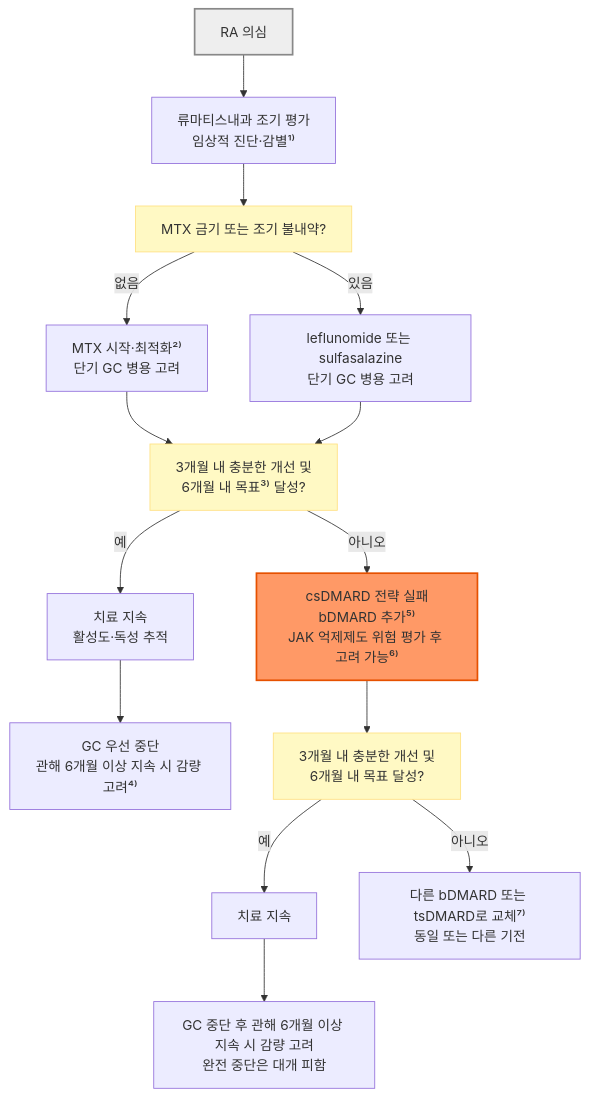
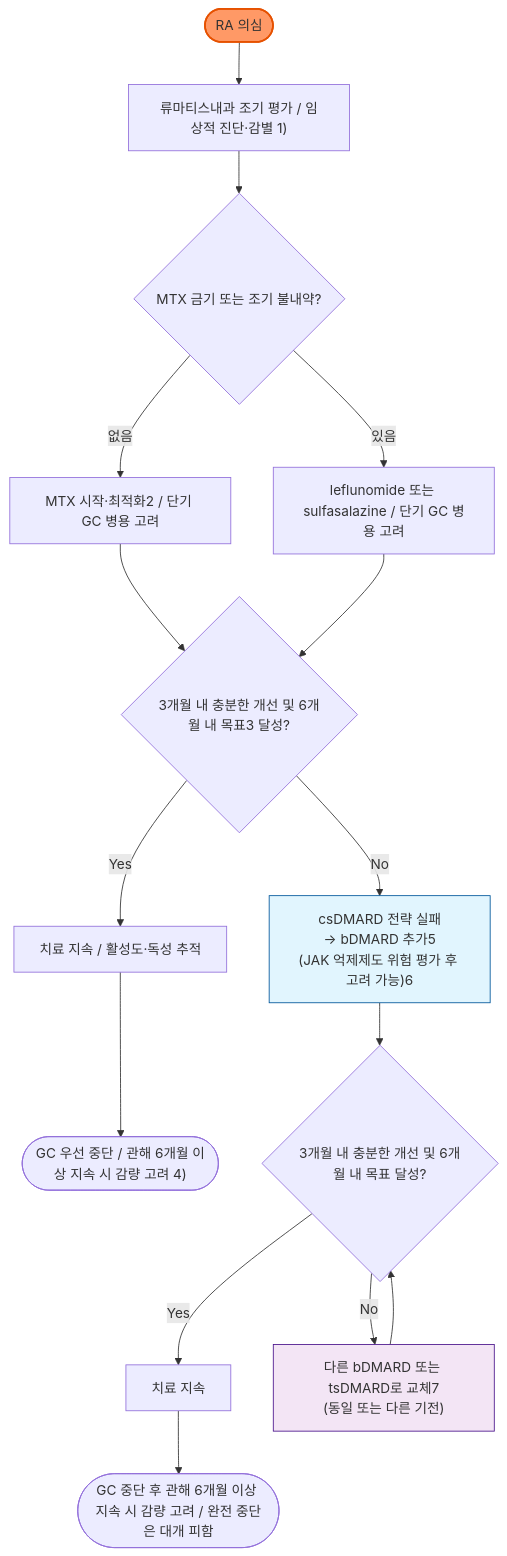
One commit to familyoh77/familyoh77 changed the diagram in 228_/151_-rheumatoid-arthritis.md. Above: the diagram before and after it, drawn with Mermaid. The commit also changed other lines of this file and 9 other files, not shown here.

````diff
--- a/228_/151_-rheumatoid-arthritis.md
+++ b/228_/151_-rheumatoid-arthritis.md
@@ -200,21 +200,21 @@
 ```mermaid
-flowchart TD
-    A["RA 의심"] --> T["류마티스내과 조기 평가<br>임상적 진단·감별¹⁾"]
-    T --> B["MTX 금기 또는 조기 불내약?"]
-    B -- "없음" --> C["MTX 시작·최적화²⁾<br>단기 GC 병용 고려"]
-    B -- "있음" --> D["leflunomide 또는 sulfasalazine<br>단기 GC 병용 고려"]
-    C --> E["3개월 내 충분한 개선 및<br>6개월 내 목표³⁾ 달성?"]
+graph TD
+    A(["RA 의심"]) --> T["류마티스내과 조기 평가 / 임상적 진단·감별 1)"]
+    T --> B{"MTX 금기 또는 조기 불내약?"}
+    B -->|없음| C["MTX 시작·최적화2 / 단기 GC 병용 고려"]
+    B -->|있음| D["leflunomide 또는 sulfasalazine / 단기 GC 병용 고려"]
+    C --> E{"3개월 내 충분한 개선 및 6개월 내 목표3 달성?"}
     D --> E
-    E -- "예" --> F["치료 지속<br>활성도·독성 추적"]
-    F --> G["GC 우선 중단<br>관해 6개월 이상 지속 시 감량 고려⁴⁾"]
-    E -- "아니오" --> H["csDMARD 전략 실패<br>bDMARD 추가⁵⁾<br>JAK 억제제도 위험 평가 후 고려 가능⁶⁾"]
-    H --> I["3개월 내 충분한 개선 및<br>6개월 내 목표 달성?"]
-    I -- "예" --> J["치료 지속"]
-    J --> K["GC 중단 후 관해 6개월 이상 지속 시 감량 고려<br>완전 중단은 대개 피함"]
-    I -- "아니오" --> L["다른 bDMARD 또는 tsDMARD로 교체⁷⁾<br>동일 또는 다른 기전"]
+    E -->|Yes| F["치료 지속 / 활성도·독성 추적"]
+    F --> G(["GC 우선 중단 / 관해 6개월 이상 지속 시 감량 고려 4)"])
+    E -->|No| H["csDMARD 전략 실패\n→ bDMARD 추가5\n(JAK 억제제도 위험 평가 후 고려 가능)6"]
+    H --> I{"3개월 내 충분한 개선 및 6개월 내 목표 달성?"}
+    I -->|Yes| J[치료 지속]
+    J --> K(["GC 중단 후 관해 6개월 이상 지속 시 감량 고려 / 완전 중단은 대개 피함"])
+    I -->|No| L["다른 bDMARD 또는 tsDMARD로 교체7\n(동일 또는 다른 기전)"]
+    L --> I
 
-    classDef question fill:#fff9c4,stroke:#ffe082
-    class B,E,I question
-    style A fill:#eeeeee,stroke:#888888,stroke-width:2px
-    style H fill:#f96,stroke:#e65100,stroke-width:2px
+    style A fill:#f96,stroke:#e65100,stroke-width:2px
+    style H fill:#e1f5fe,stroke:#01579b
+    style L fill:#f3e5f5,stroke:#4a148c
 ```
````
